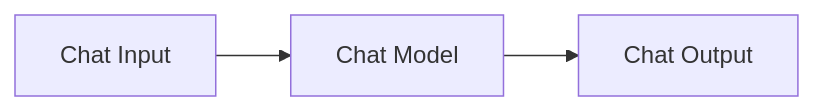
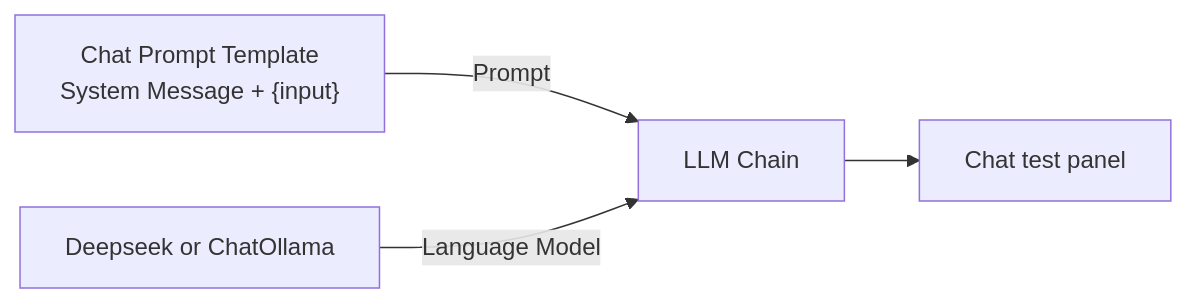
One commit to tulip-lab/agentic-AI-lab changed the diagram in M03-Context-Orchestration/Flowise/M03A-Flowise-Interface-First-Chatflow.md. Above: the diagram before and after it, drawn with Mermaid. The commit also changed other lines of this file and 31 other files, not shown here.

Commit message:
docs(m03): rebuild English Flowise labs with verified examples

````diff
--- a/M03-Context-Orchestration/Flowise/M03A-Flowise-Interface-First-Chatflow.md
+++ b/M03-Context-Orchestration/Flowise/M03A-Flowise-Interface-First-Chatflow.md
@@ -59,5 +33,6 @@
-```mermaid
+~~~mermaid
 flowchart LR
-    A[Chat Input] --> B[Chat Model]
-    B --> C[Chat Output]
-```
+    P["Chat Prompt Template<br/>System Message + {input}"] -->|Prompt| C[LLM Chain]
+    M["Deepseek or ChatOllama"] -->|Language Model| C
+    C --> O[Chat test panel]
+~~~
````
